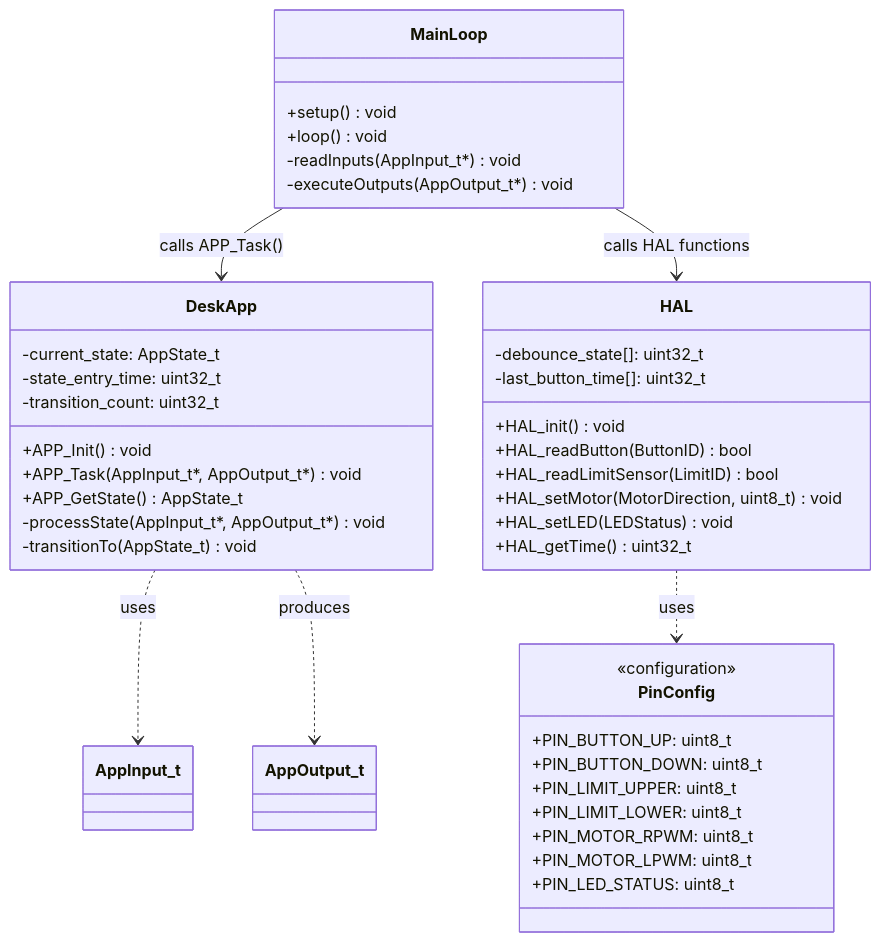
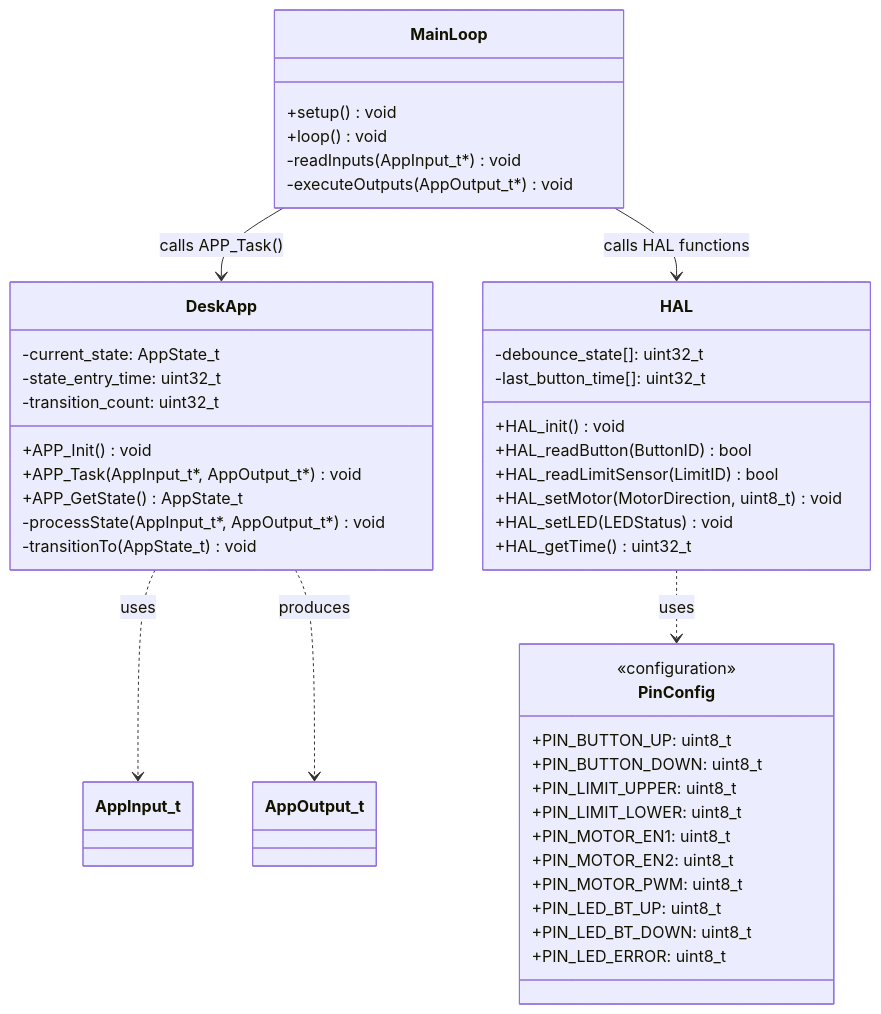
Before and after one commit to aperico/deskautomation: the first of 2 diagrams in documentation/06_DetailedDesign.md, drawn with Mermaid. The commit also changed other lines of this file and 15 other files, not shown here.

First line of the commit message:
feat: Enhance motor control and LED feedback for desk automation

````diff
--- a/documentation/06_DetailedDesign.md
+++ b/documentation/06_DetailedDesign.md
@@ -31,48 +31,51 @@
 ```mermaid
 classDiagram
     class PinConfig {
         <<configuration>>
         +PIN_BUTTON_UP: uint8_t
         +PIN_BUTTON_DOWN: uint8_t
         +PIN_LIMIT_UPPER: uint8_t
         +PIN_LIMIT_LOWER: uint8_t
-        +PIN_MOTOR_RPWM: uint8_t
-        +PIN_MOTOR_LPWM: uint8_t
-        +PIN_LED_STATUS: uint8_t
+        +PIN_MOTOR_EN1: uint8_t
+        +PIN_MOTOR_EN2: uint8_t
+        +PIN_MOTOR_PWM: uint8_t
+        +PIN_LED_BT_UP: uint8_t
+        +PIN_LED_BT_DOWN: uint8_t
+        +PIN_LED_ERROR: uint8_t
     }
     
     class HAL {
         -debounce_state[]: uint32_t
         -last_button_time[]: uint32_t
         +HAL_init() void
         +HAL_readButton(ButtonID) bool
         +HAL_readLimitSensor(LimitID) bool
         +HAL_setMotor(MotorDirection, uint8_t) void
         +HAL_setLED(LEDStatus) void
         +HAL_getTime() uint32_t
     }
     
     class DeskApp {
         -current_state: AppState_t
         -state_entry_time: uint32_t
         -transition_count: uint32_t
         +APP_Init() void
         +APP_Task(AppInput_t*, AppOutput_t*) void
         +APP_GetState() AppState_t
         -processState(AppInput_t*, AppOutput_t*) void
         -transitionTo(AppState_t) void
     }
     
     class MainLoop {
         +setup() void
         +loop() void
         -readInputs(AppInput_t*) void
         -executeOutputs(AppOutput_t*) void
     }
     
     MainLoop --> DeskApp : calls APP_Task()
     MainLoop --> HAL : calls HAL functions
     DeskApp ..> AppInput_t : uses
     DeskApp ..> AppOutput_t : produces
     HAL ..> PinConfig : uses
 ```
````
